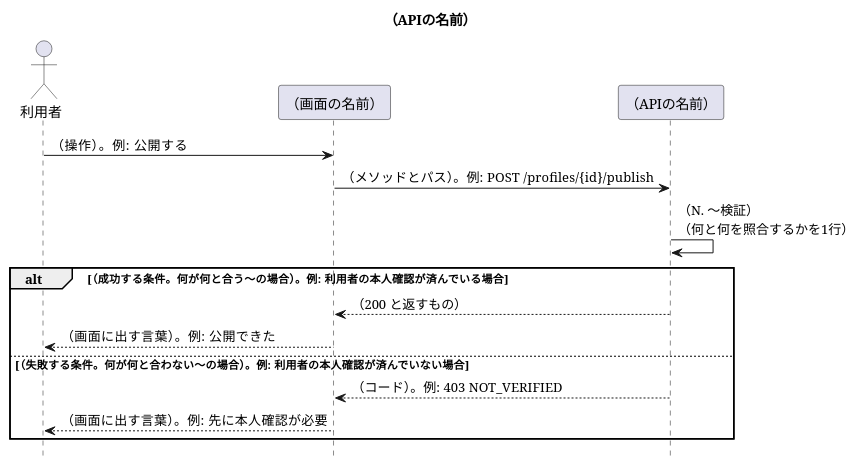
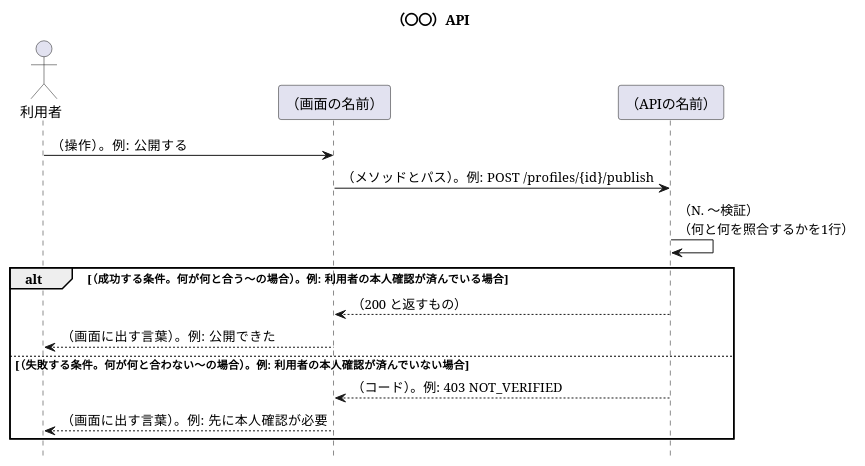
Before and after one commit to masamasamasato/design-doc-template: the diagram in apis/_template/入口.puml, drawn with PlantUML. The commit also changed 95 other files, not shown here.

```diff
--- a/apis/_template/入口.puml
+++ b/apis/_template/入口.puml
@@ -1,24 +1,24 @@
 @startuml
 skinparam shadowing false
 skinparam NoteBackgroundColor #FFFFCC
 skinparam defaultFontName "Noto Sans CJK JP"
 skinparam SequenceFontName "Noto Sans CJK JP"
 hide footbox
 
-title （APIの名前）
+title （〇〇）API
 
 actor "利用者" as User
 participant "（画面の名前）" as Screen
 participant "（APIの名前）" as API
 
 User -> Screen : （操作）。例: 公開する
 Screen -> API : （メソッドとパス）。例: POST /profiles/{id}/publish
 API -> API : （N. 〜検証）\n（何と何を照合するかを1行）
 alt （成功する条件。何が何と合う〜の場合）。例: 利用者の本人確認が済んでいる場合
   API --> Screen : （200 と返すもの）
   Screen --> User : （画面に出す言葉）。例: 公開できた
 else （失敗する条件。何が何と合わない〜の場合）。例: 利用者の本人確認が済んでいない場合
   API --> Screen : （コード）。例: 403 NOT_VERIFIED
   Screen --> User : （画面に出す言葉）。例: 先に本人確認が必要
 end
 @enduml
```
